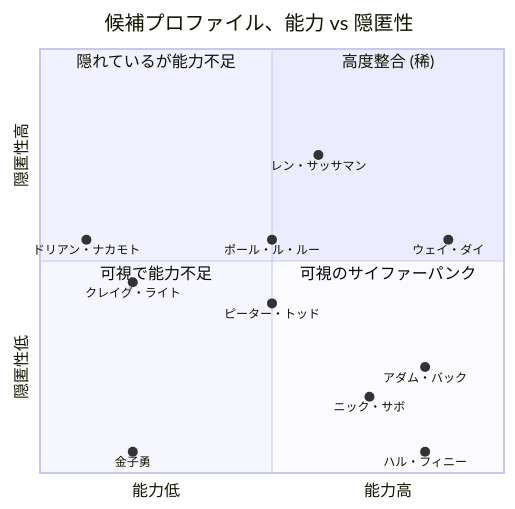
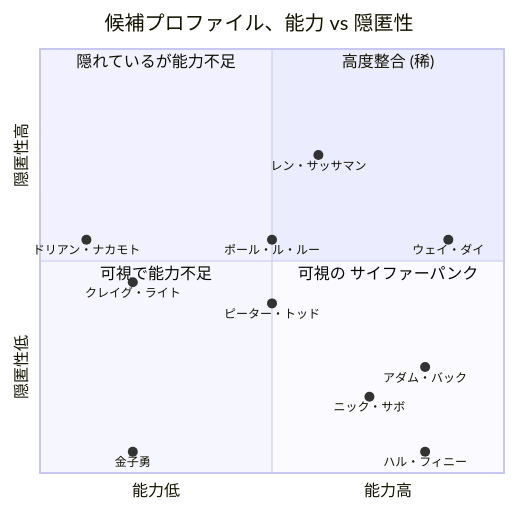
One commit to cypher256/BitcoinArchive changed the diagram in src/data/translations/ja/analysis/2008-10-31-satoshi-identity-hypotheses-overview.md. Above: the diagram before and after it, drawn with Mermaid. The commit also changed other lines of this file and 29 other files, not shown here.

````diff
--- a/src/data/translations/ja/analysis/2008-10-31-satoshi-identity-hypotheses-overview.md
+++ b/src/data/translations/ja/analysis/2008-10-31-satoshi-identity-hypotheses-overview.md
@@ -144,20 +144,20 @@
 ```mermaid
 quadrantChart
     title 候補プロファイル、能力 vs 隠匿性
     x-axis "能力低" --> "能力高"
     y-axis "隠匿性低" --> "隠匿性高"
     quadrant-1 "高度整合 (稀)"
     quadrant-2 "隠れているが能力不足"
     quadrant-3 "可視で能力不足"
-    quadrant-4 "可視のサイファーパンク"
+    quadrant-4 "可視の サイファーパンク"
     "ウェイ・ダイ": [0.88, 0.55]
     "アダム・バック": [0.83, 0.25]
     "ハル・フィニー": [0.83, 0.05]
     "ニック・サボ": [0.71, 0.18]
     "レン・サッサマン": [0.6, 0.75]
     "ポール・ル・ルー": [0.5, 0.55]
     "ピーター・トッド": [0.5, 0.4]
     "クレイグ・ライト": [0.2, 0.45]
     "ドリアン・ナカモト": [0.1, 0.55]
     "金子勇": [0.2, 0.05]
 ```
````
